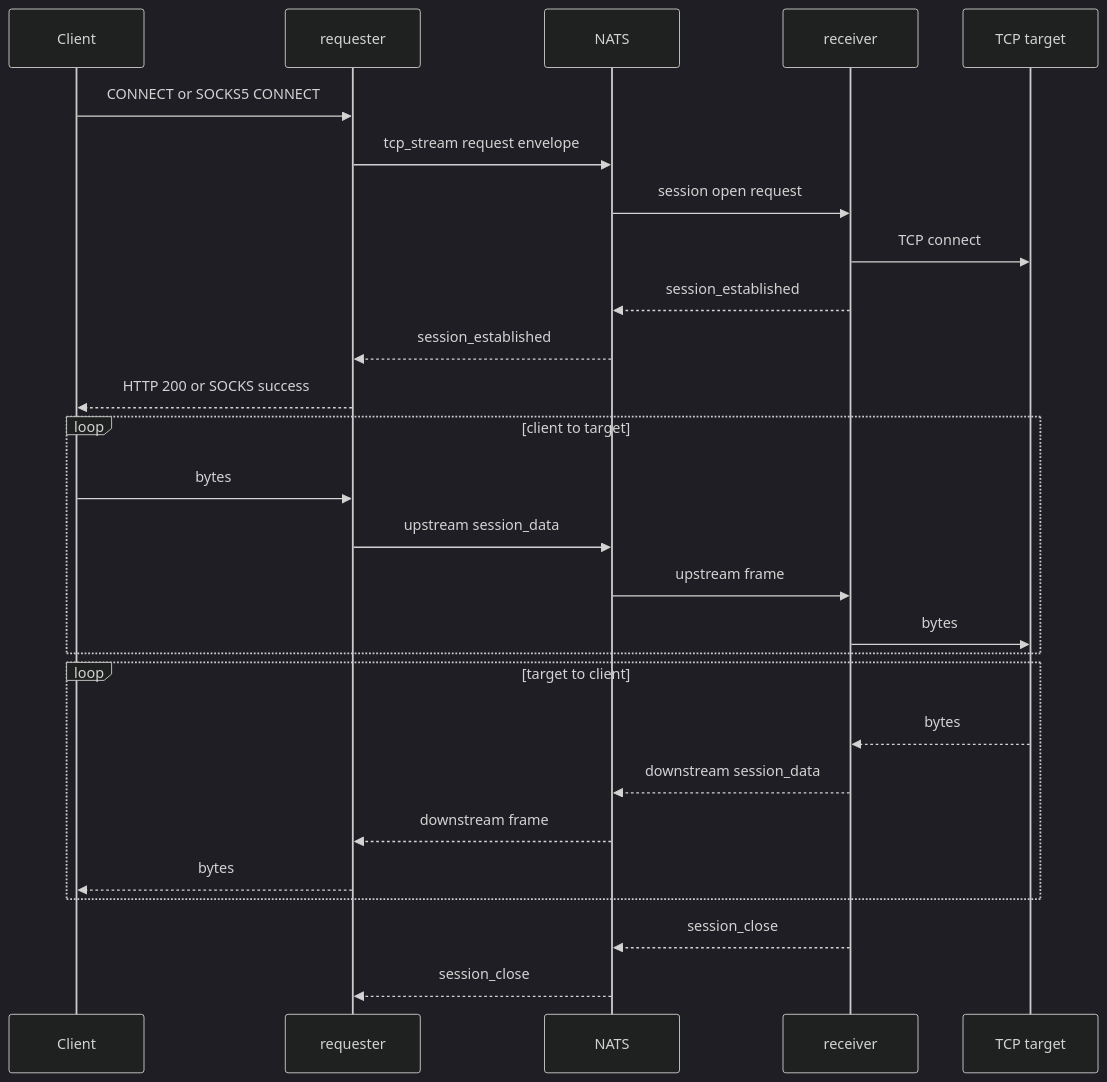
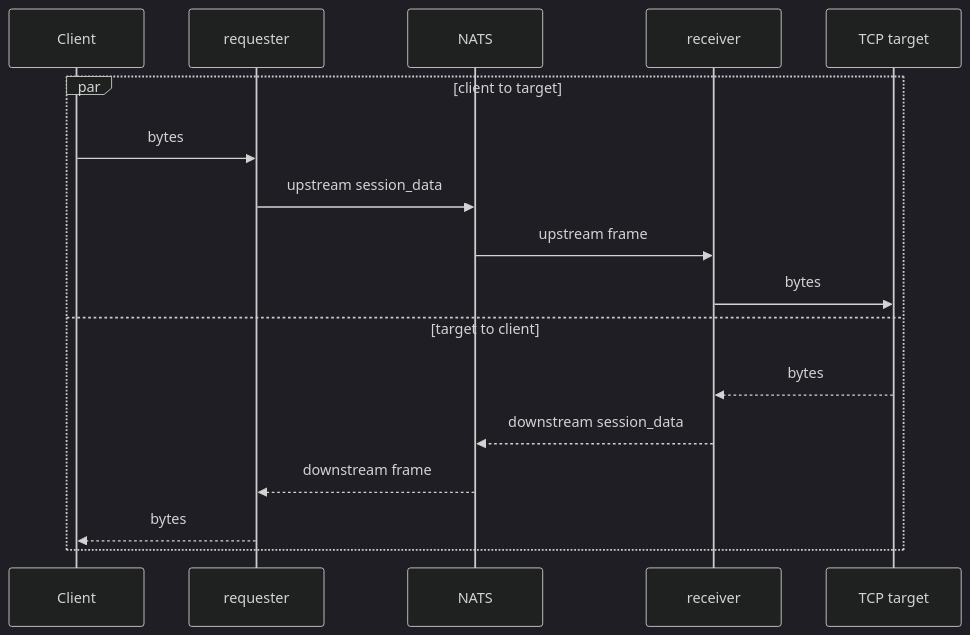
Before and after one commit to artyomb/nats-proxy: the second of 3 diagrams in docs-site/src/content/docs/architecture/tcp-sessions.md, drawn with Mermaid (dark theme). The commit also changed other lines of this file and 21 other files, not shown here.

````diff
--- a/docs-site/src/content/docs/architecture/tcp-sessions.md
+++ b/docs-site/src/content/docs/architecture/tcp-sessions.md
@@ -27,30 +70,20 @@
 ```mermaid
 sequenceDiagram
   participant Client
   participant Req as requester
   participant NATS
   participant Rec as receiver
   participant Target as TCP target
 
-  Client->>Req: CONNECT or SOCKS5 CONNECT
-  Req->>NATS: tcp_stream request envelope
-  NATS->>Rec: session open request
-  Rec->>Target: TCP connect
-  Rec-->>NATS: session_established
-  NATS-->>Req: session_established
-  Req-->>Client: HTTP 200 or SOCKS success
-  loop client to target
+  par client to target
     Client->>Req: bytes
     Req->>NATS: upstream session_data
     NATS->>Rec: upstream frame
     Rec->>Target: bytes
-  end
-  loop target to client
+  and target to client
     Target-->>Rec: bytes
     Rec-->>NATS: downstream session_data
     NATS-->>Req: downstream frame
     Req-->>Client: bytes
   end
-  Rec-->>NATS: session_close
-  NATS-->>Req: session_close
 ```
````
